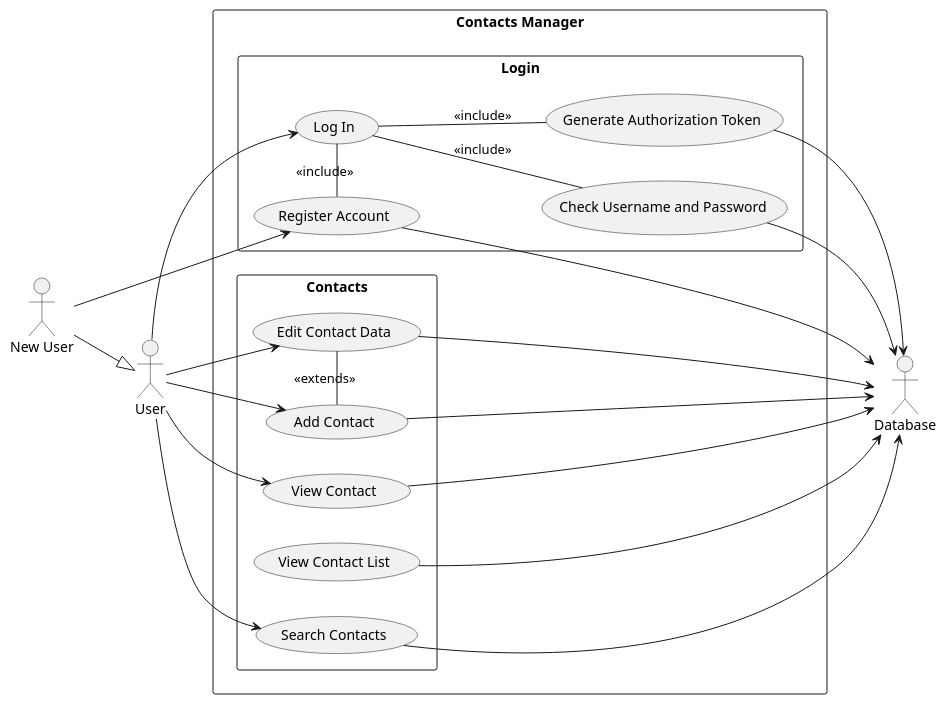
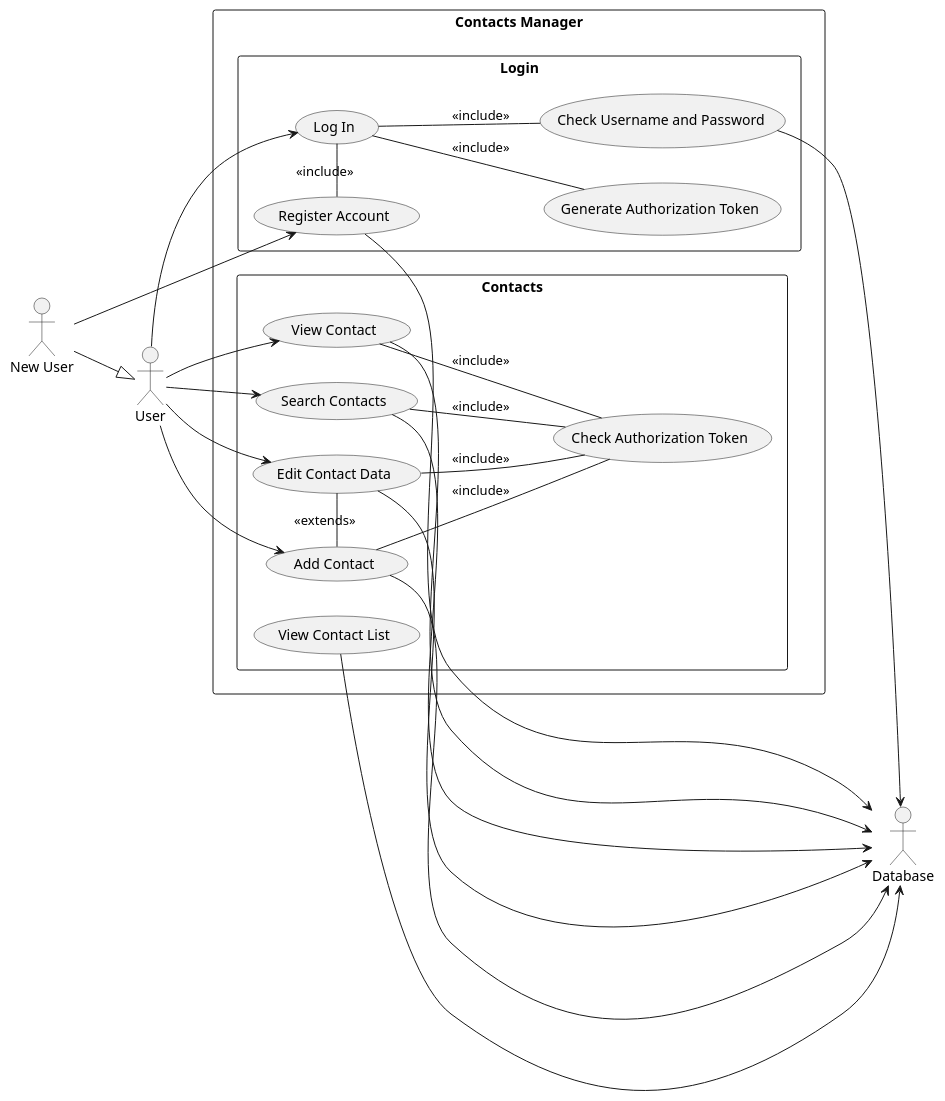
One commit to ethandrzb/ContactManager changed the diagram in uml/usecase.puml. Above: the diagram before and after it, drawn with PlantUML. The commit also changed 1 other file, not shown here.

Commit message:
Last minute UML fixes

```diff
--- a/uml/usecase.puml
+++ b/uml/usecase.puml
@@ -1,57 +1,64 @@
 @startuml
 left to right direction
 
 :User:
 :New User:
 :Database:
 
 
 :New User: --|> :User:
 
 Rectangle "Contacts Manager" {
     Rectangle Login {
         (Register Account)
         (Log In)
 
         (Generate Authorization Token)
         (Check Username and Password)
     }
 
     Rectangle Contacts {
         (Add Contact)
         (View Contact)
         (View Contact List)
         (Edit Contact Data)
         (Search Contacts)
+
+        (Check Authorization Token)
     }
 }
 
 (Add Contact) - (Edit Contact Data) : <<extends>>
 (Register Account) - (Log In) : <<include>>
 
 ' Logged in user relations
 :User: --> (Add Contact)
 :User: --> (View Contact)
 :User: --> (Edit Contact Data)
 :User: --> (Search Contacts)
 
 ' Register and login user relations
 :New User: --> (Register Account)
 :User: --> (Log In)
 
 ' Register backend/database relations
 (Register Account) --> :Database:
 (Log In) -- (Check Username and Password) : <<include>>
 (Log In) -- (Generate Authorization Token) : <<include>>
 (Check Username and Password) --> :Database:
-(Generate Authorization Token) --> :Database:
+'(Generate Authorization Token) --> :Database:
 
 ' Contacts Database Relations
 (Add Contact) --> :Database:
 (Search Contacts) --> :Database:
 (View Contact) --> :Database:
 (View Contact List) --> :Database:
 
+(Add Contact) -- (Check Authorization Token) : <<include>>
+(Search Contacts) -- (Check Authorization Token) : <<include>>
+(View Contact) -- (Check Authorization Token) : <<include>>
+
 (Edit Contact Data) --> :Database:
+(Edit Contact Data) -- (Check Authorization Token) : <<include>>
 
 @enduml
```
